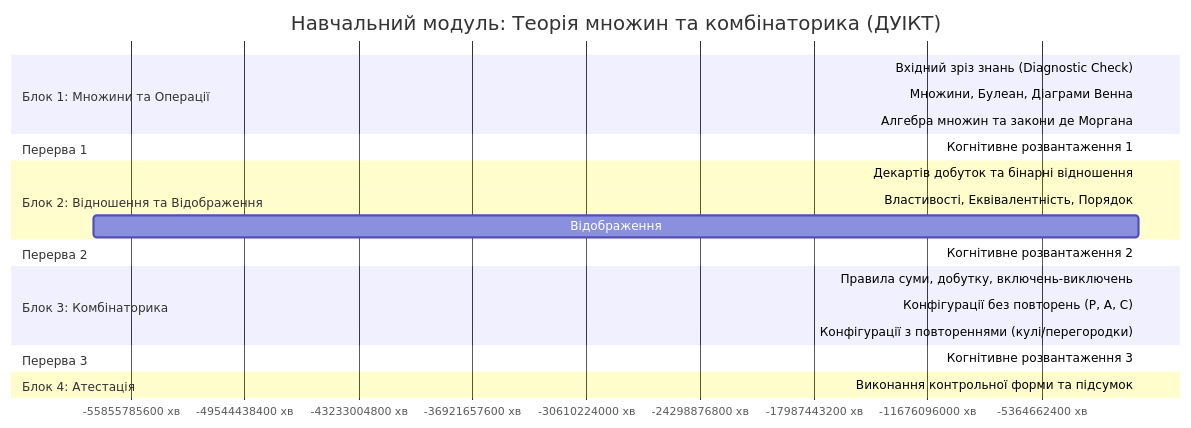
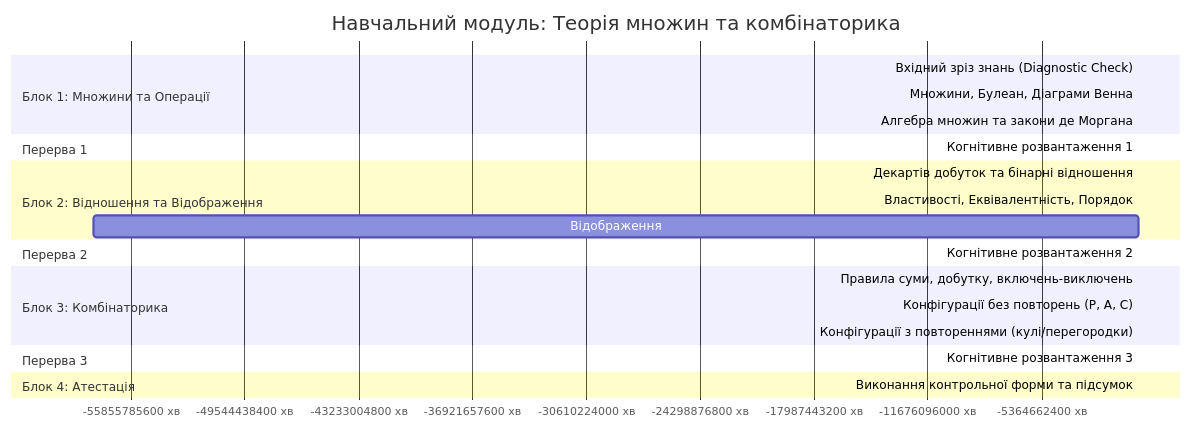
Before and after one commit to Eventmaker/discrete-math-simulator: the first of 2 diagrams in 00_План_модуля.md, drawn with Mermaid. The commit also changed other lines of this file and 8 other files, not shown here.

Commit message:
feat: relocate characteristics under diagram and remove university and student affiliations

````diff
--- a/00_План_модуля.md
+++ b/00_План_модуля.md
@@ -63,26 +63,26 @@
 ```mermaid
 gantt
-    title Навчальний модуль: Теорія множин та комбінаторика (ДУІКТ)
+    title Навчальний модуль: Теорія множин та комбінаторика
     dateFormat  X
     axisFormat %s хв
     section Блок 1: Множини та Операції
     Вхідний зріз знань (Diagnostic Check)   :0, 15
     Множини, Булеан, Діаграми Венна       :15, 45
     Алгебра множин та закони де Моргана    :45, 70
     section Перерва 1
     Когнітивне розвантаження 1             :70, 80
     section Блок 2: Відношення та Відображення
     Декартів добуток та бінарні відношення :80, 110
     Властивості, Еквівалентність, Порядок  :110, 135
     Відображення: ін'єкція, сюр'єкція      :135, 150
     section Перерва 2
     Когнітивне розвантаження 2             :150, 160
     section Блок 3: Комбінаторика
     Правила суми, добутку, включень-виключень :160, 185
     Конфігурації без повторень (P, A, C)  :185, 205
     Конфігурації з повтореннями (кулі/перегородки) :205, 220
     section Перерва 3
     Когнітивне розвантаження 3             :220, 230
     section Блок 4: Атестація
     Виконання контрольної форми та підсумок :230, 240
 ```
````
